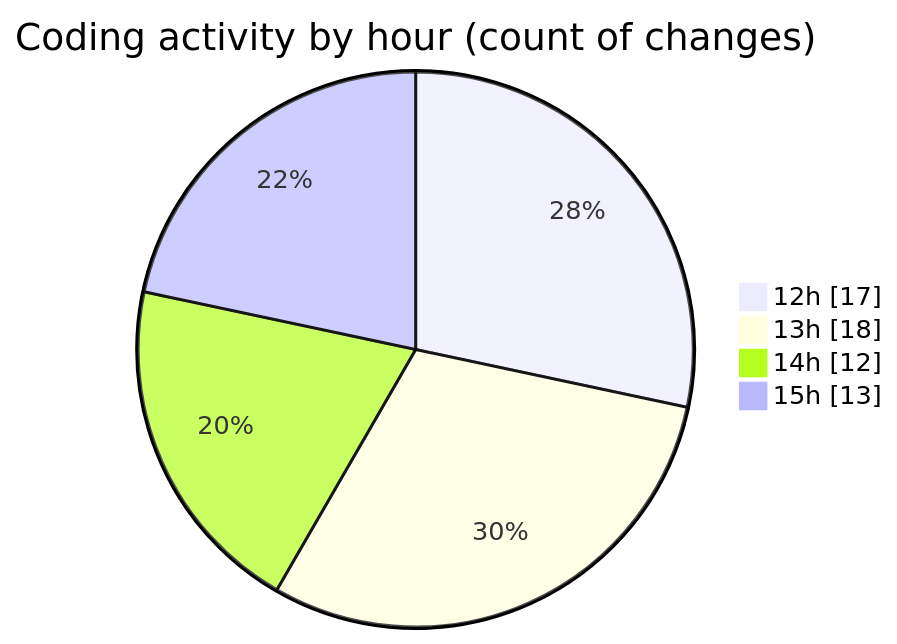
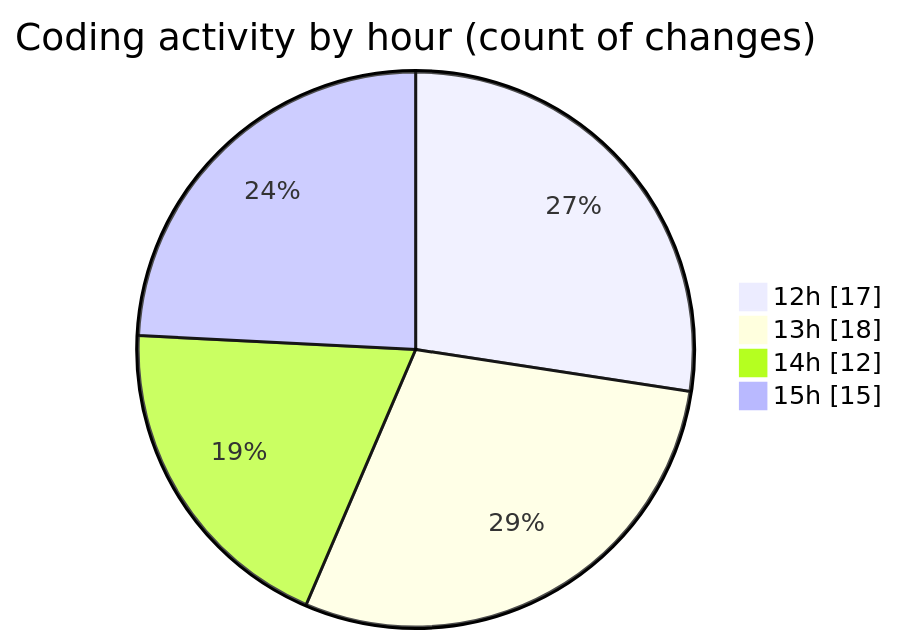
One commit to CELIANVF/code-tracking changed the second of 2 diagrams in 2025-06-01/video_app/README.md. Above: the diagram before and after it, drawn with Mermaid. The commit also changed other lines of this file and 1 other file, not shown here.

````diff
--- a/2025-06-01/video_app/README.md
+++ b/2025-06-01/video_app/README.md
@@ -38,8 +38,8 @@
 ```mermaid
 pie showData
 title Coding activity by hour (count of changes)
 "12h" : 17
 "13h" : 18
 "14h" : 12
-"15h" : 13
+"15h" : 15
 ```
````
